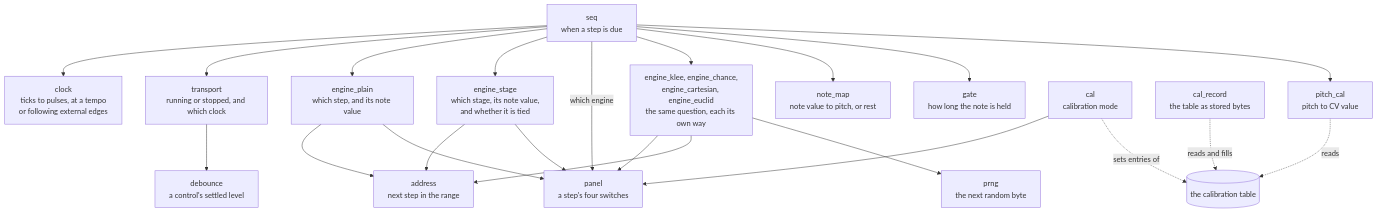
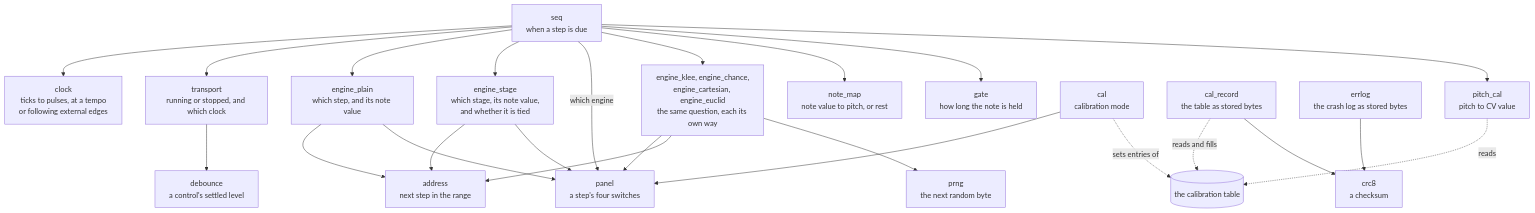
The sixth of 27 diagrams in docs/ARCHITECTURE.md (BonelessPig/nano_sequencer), drawn with Mermaid before and after one commit. The commit also changed other lines of this file and 32 other files, not shown here.

First line of the commit message:
Phase 9, the rest: the crash log

````diff
--- a/docs/ARCHITECTURE.md
+++ b/docs/ARCHITECTURE.md
@@ -354,24 +372,26 @@
 ```mermaid
 flowchart TD
     seq["seq<br/>when a step is due"] --> clock["clock<br/>ticks to pulses, at a tempo<br/>or following external edges"]
     seq --> transport["transport<br/>running or stopped, and which clock"]
     transport --> debounce["debounce<br/>a control's settled level"]
     seq --> engine["engine_plain<br/>which step, and its note value"]
     seq --> stage["engine_stage<br/>which stage, its note value,<br/>and whether it is tied"]
     seq -->|"which engine"| panel
     stage --> address
     stage --> panel
     seq --> others["engine_klee, engine_chance,<br/>engine_cartesian, engine_euclid<br/>the same question, each its own way"]
     others --> panel
     others --> address
     others --> prng["prng<br/>the next random byte"]
     seq --> note["note_map<br/>note value to pitch, or rest"]
     seq --> gate["gate<br/>how long the note is held"]
     seq --> cal["pitch_cal<br/>pitch to CV value"]
     engine --> address["address<br/>next step in the range"]
     engine --> panel["panel<br/>a step's four switches"]
     calm["cal<br/>calibration mode"] --> panel
     calm -.->|"sets entries of"| table[("the calibration table")]
     cal -.->|"reads"| table
     rec["cal_record<br/>the table as stored bytes"] -.->|"reads and fills"| table
+    rec --> crc["crc8<br/>a checksum"]
+    err["errlog<br/>the crash log as stored bytes"] --> crc
 ```
````
